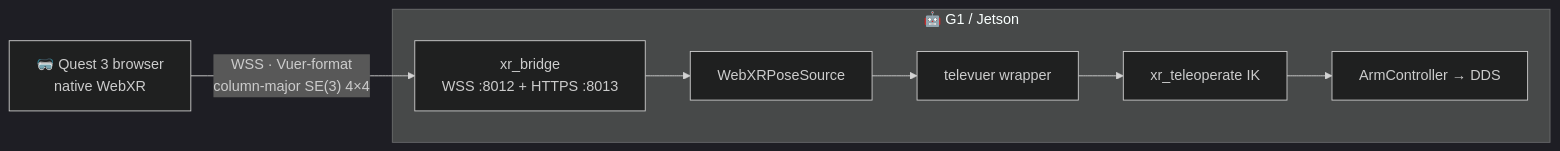
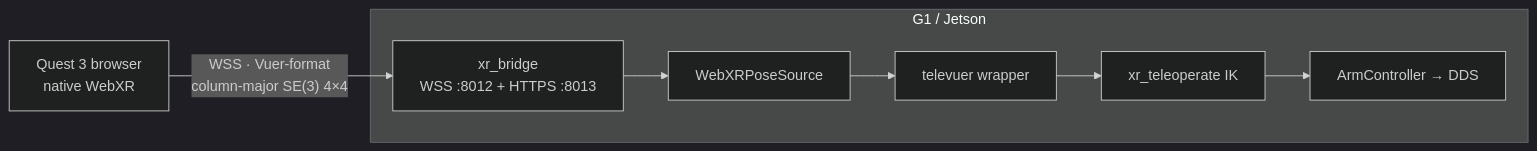
One commit to cagataycali/neon-the-g1 changed the diagram in docs/guide/webxr-teleop.md. Above: the diagram before and after it, drawn with Mermaid (dark theme). The commit also changed other lines of this file and 5 other files, not shown here.

````diff
--- a/docs/guide/webxr-teleop.md
+++ b/docs/guide/webxr-teleop.md
@@ -15,9 +15,9 @@
 ```mermaid
 flowchart LR
-    Q["🥽 Quest 3 browser<br/>native WebXR"]
+    Q["Quest 3 browser<br/>native WebXR"]
       -- "WSS · Vuer-format<br/>column-major SE(3) 4×4" --> B
-    subgraph ROBOT["🤖 G1 / Jetson"]
+    subgraph ROBOT["G1 / Jetson"]
         B["xr_bridge<br/>WSS :8012 + HTTPS :8013"] --> PS["WebXRPoseSource"]
         PS --> TV["televuer wrapper"] --> IK["xr_teleoperate IK"] --> DDS["ArmController → DDS"]
     end
 ```
````
